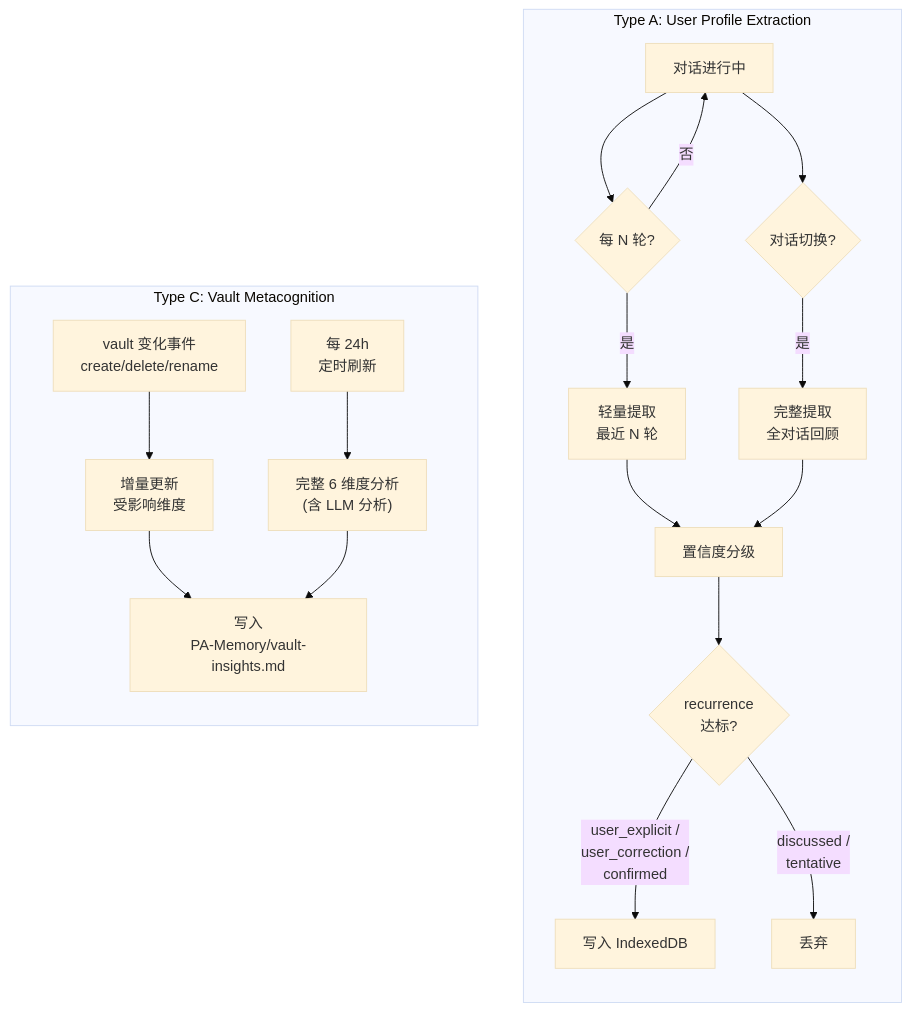
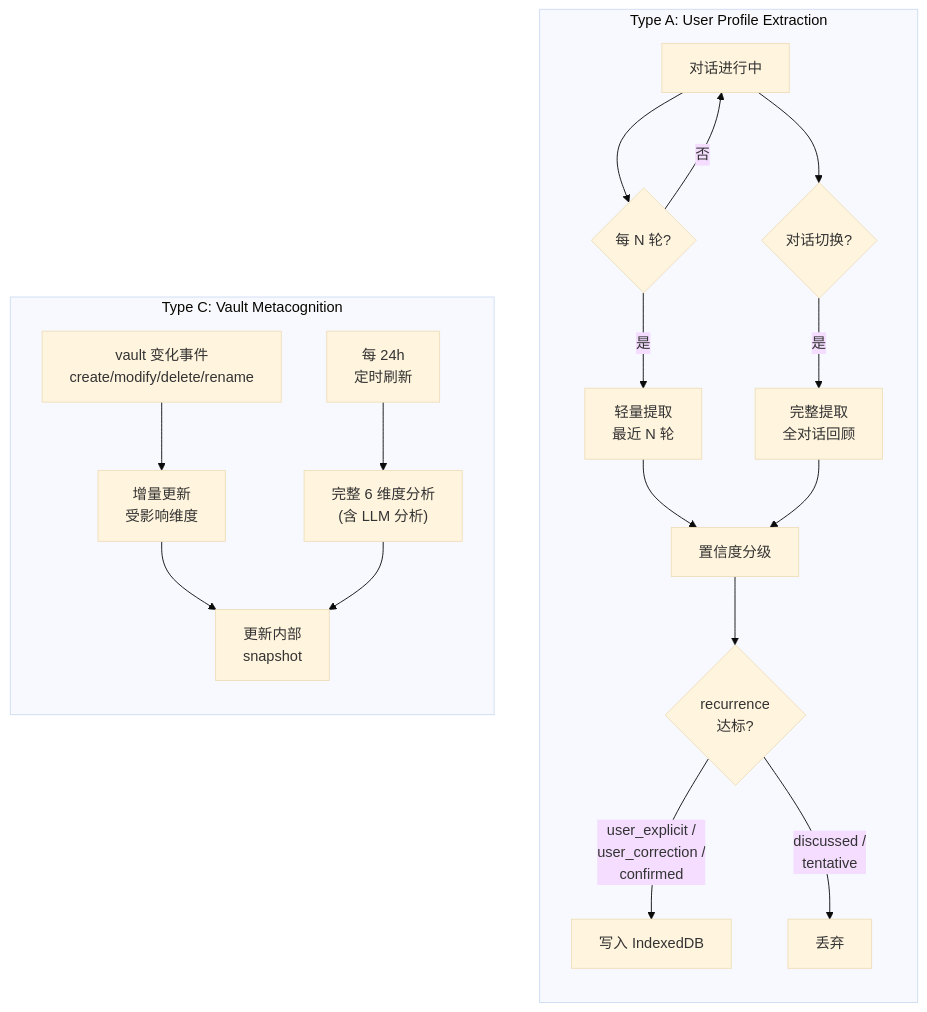
The third of 3 diagrams in docs/sdd-ai-insight-foundation.md (edonyzpc/personal-assistant), drawn with Mermaid (base theme) before and after one commit. The commit also changed other lines of this file and 5 other files, not shown here.

````diff
--- a/docs/sdd-ai-insight-foundation.md
+++ b/docs/sdd-ai-insight-foundation.md
@@ -422,40 +429,40 @@
 ```mermaid
 flowchart TB
     subgraph TypeA_Pipeline["Type A: User Profile Extraction"]
         direction TB
         TA1["对话进行中"]
         TA2{"每 N 轮?"}
         TA3["轻量提取<br/>最近 N 轮"]
         TA4{"对话切换?"}
         TA5["完整提取<br/>全对话回顾"]
         TA6["置信度分级"]
         TA7{"recurrence<br/>达标?"}
         TA8["写入 IndexedDB"]
         TA9["丢弃"]
 
         TA1 --> TA2
         TA2 -- "是" --> TA3
         TA2 -- "否" --> TA1
         TA1 --> TA4
         TA4 -- "是" --> TA5
         TA3 --> TA6
         TA5 --> TA6
         TA6 --> TA7
         TA7 -- "user_explicit /<br/>user_correction /<br/>confirmed" --> TA8
         TA7 -- "discussed /<br/>tentative" --> TA9
     end
 
     subgraph TypeC_Pipeline["Type C: Vault Metacognition"]
         direction TB
-        TC1["vault 变化事件<br/>create/delete/rename"]
+        TC1["vault 变化事件<br/>create/modify/delete/rename"]
         TC2["增量更新<br/>受影响维度"]
         TC3["每 24h<br/>定时刷新"]
         TC4["完整 6 维度分析<br/>(含 LLM 分析)"]
-        TC5["写入<br/>PA-Memory/vault-insights.md"]
+        TC5["更新内部<br/>snapshot"]
 
         TC1 --> TC2
         TC2 --> TC5
         TC3 --> TC4
         TC4 --> TC5
     end
 ```
````
